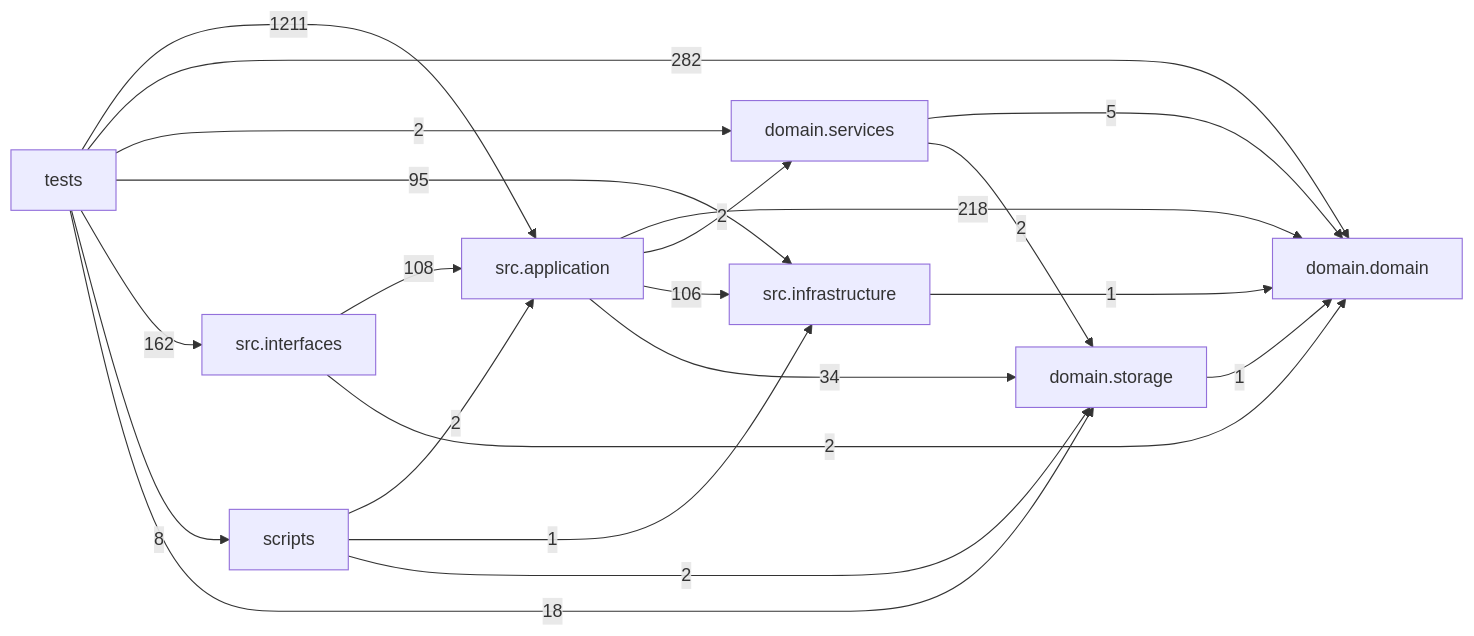
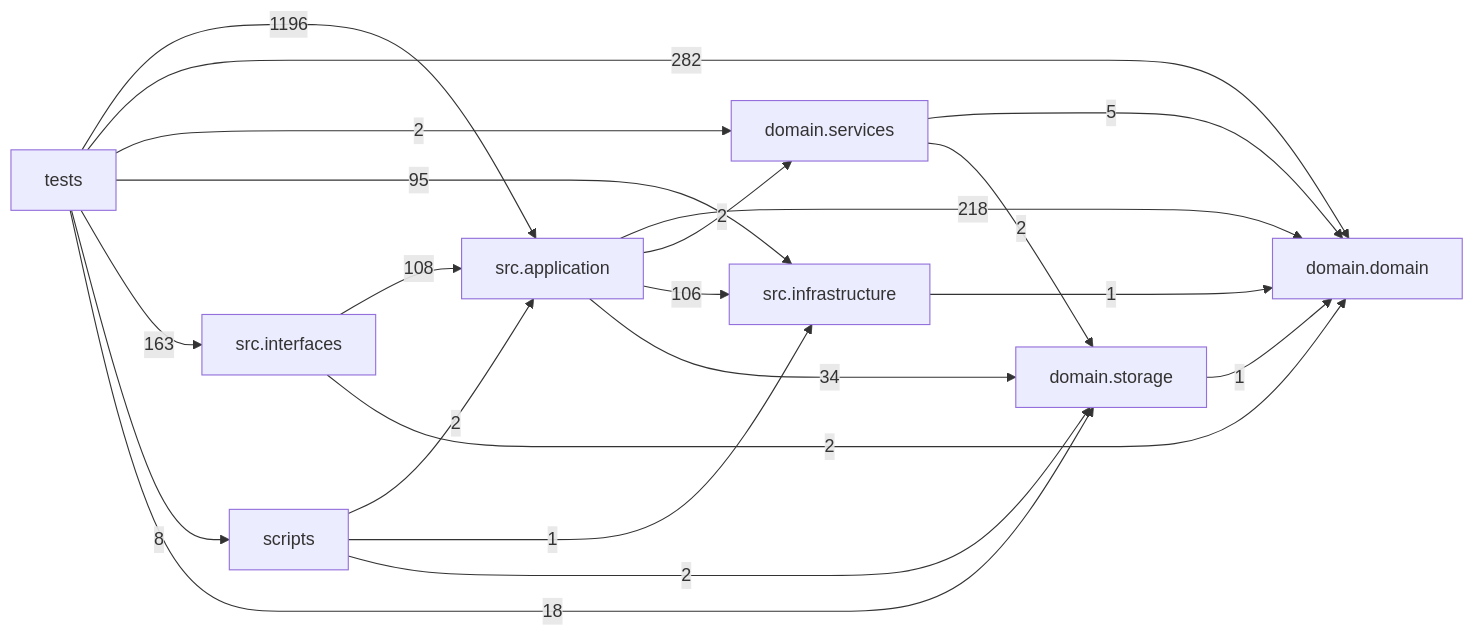
The diagram in docs/DEPENDENCY_GRAPH.md (liuxie066/options-monitor), drawn with Mermaid before and after one commit. The commit also changed other lines of this file and 27 other files, not shown here.

````diff
--- a/docs/DEPENDENCY_GRAPH.md
+++ b/docs/DEPENDENCY_GRAPH.md
@@ -24,31 +24,31 @@
 ```mermaid
 flowchart LR
   tests["tests"]
   scripts["scripts"]
   interfaces["src.interfaces"]
   application["src.application"]
   infrastructure["src.infrastructure"]
   domain_services["domain.services"]
   domain["domain.domain"]
   storage["domain.storage"]
   application -->|218| domain
   application -->|2| domain_services
   application -->|106| infrastructure
   application -->|34| storage
   domain_services -->|5| domain
   domain_services -->|2| storage
   infrastructure -->|1| domain
   interfaces -->|108| application
   interfaces -->|2| domain
   scripts -->|2| application
   scripts -->|1| infrastructure
   scripts -->|2| storage
   storage -->|1| domain
-  tests -->|1211| application
+  tests -->|1196| application
   tests -->|282| domain
   tests -->|2| domain_services
   tests -->|95| infrastructure
-  tests -->|162| interfaces
+  tests -->|163| interfaces
   tests -->|8| scripts
   tests -->|18| storage
 ```
````
